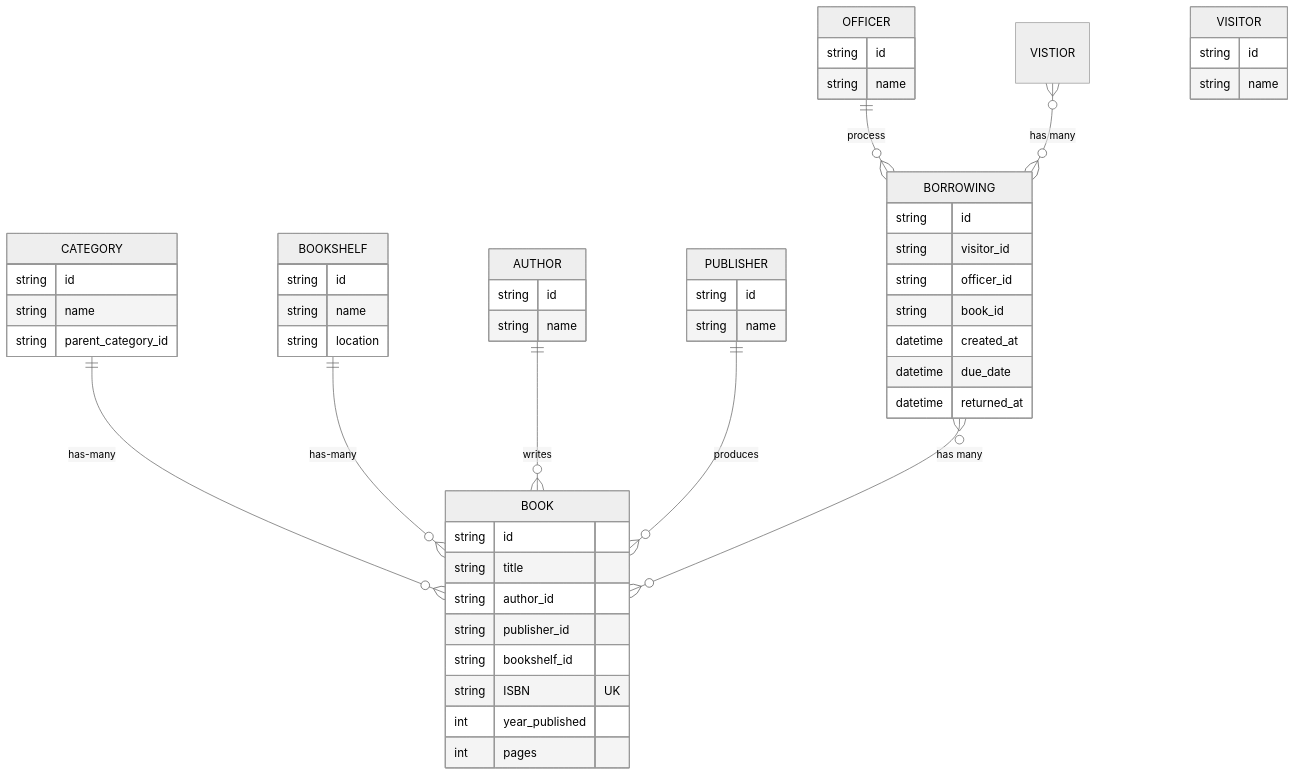
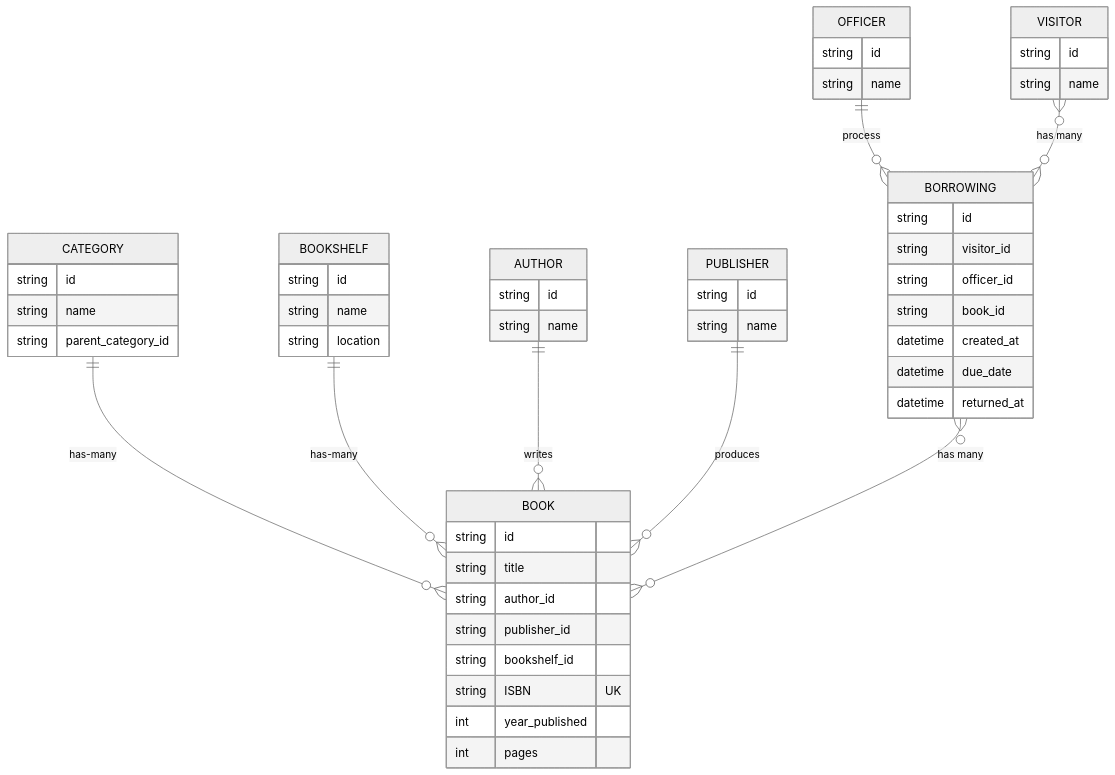
The diagram in koda-b1-db1-perpustakaan.md (icangku/koda-b1-db1), drawn with Mermaid (neutral theme) before and after one commit. The commit also changed 1 other file, not shown here.

Commit message:
feat: erd ewallet

````diff
--- a/koda-b1-db1-perpustakaan.md
+++ b/koda-b1-db1-perpustakaan.md
@@ -1,55 +1,55 @@
 ```mermaid
 erDiagram
 CATEGORY ||--o{BOOK: has-many
 BOOKSHELF ||--o{BOOK:has-many
 OFFICER ||--o{BORROWING: process
 AUTHOR ||--o{BOOK:writes
 PUBLISHER ||--o{BOOK:produces
-VISTIOR }o--o{BORROWING:"has many"
+VISITOR }o--o{BORROWING:"has many"
 BORROWING }o--o{BOOK:"has many"
 BOOK {
   string id
   string title
   string author_id
   string publisher_id
   string bookshelf_id
   string ISBN UK
   int year_published
   int pages
 }
 CATEGORY {
   string id
   string name
   string parent_category_id
 }
 BOOKSHELF{
   string id
   string name
   string location
 }
 OFFICER{
   string id
   string name
 }
 AUTHOR{
   string id
   string name
 }
 PUBLISHER{
   string id
   string name
 }
 VISITOR{
   string id
   string name
 }
 BORROWING{
   string id
   string visitor_id
   string officer_id
   string book_id
   datetime created_at
   datetime due_date
   datetime returned_at
 }
 ```
````
